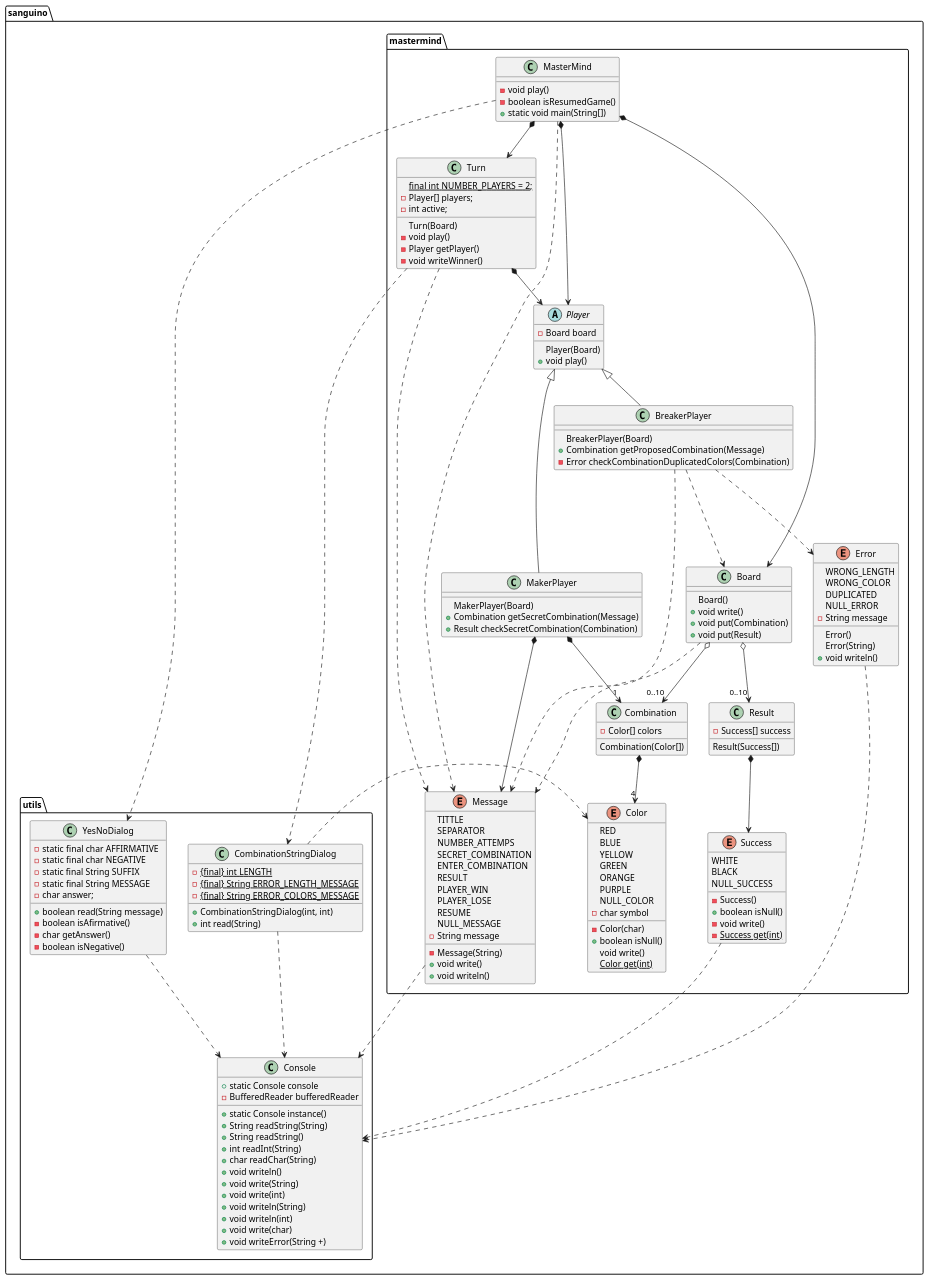
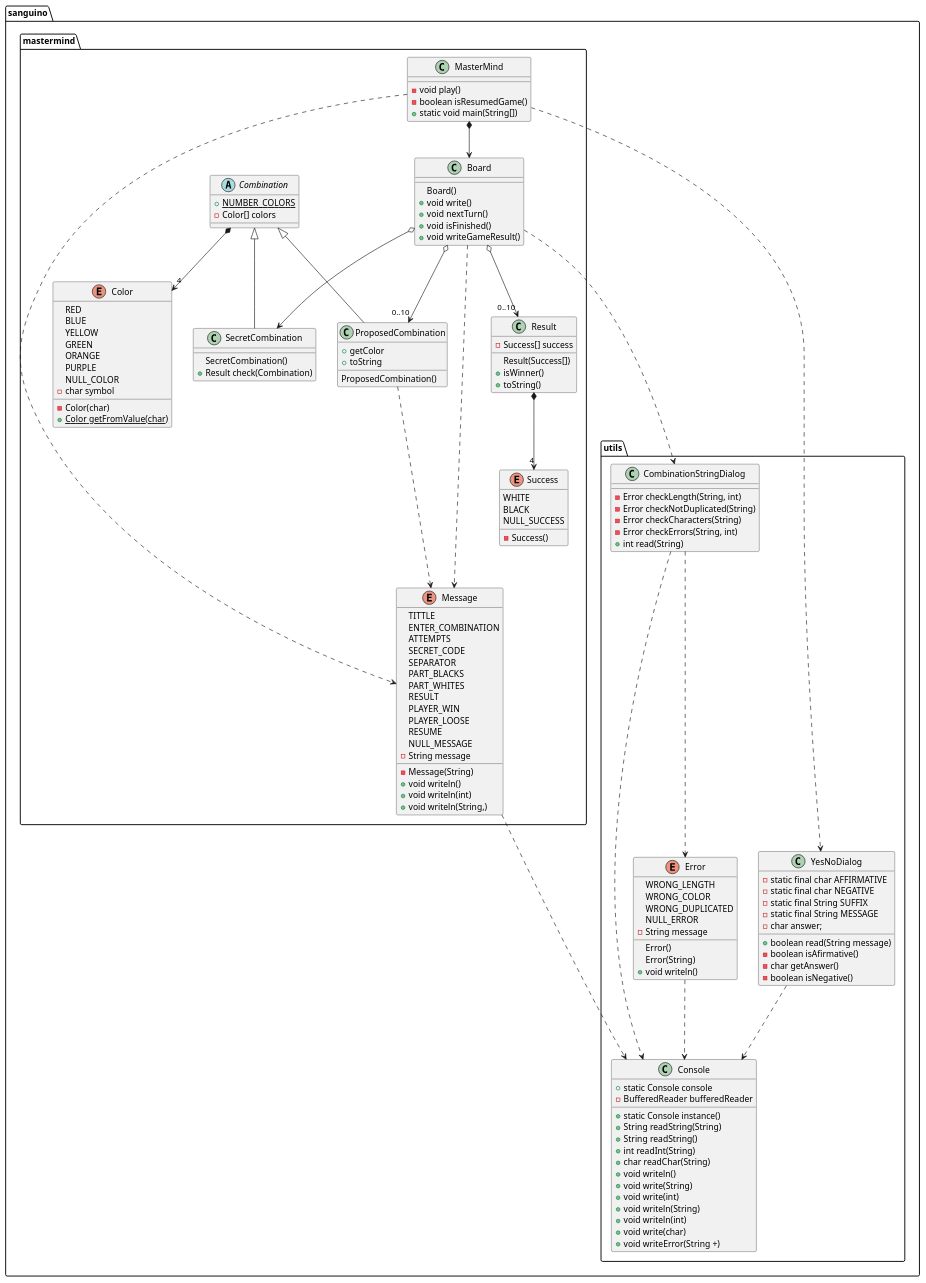
One commit to sanguino/master_01_mastermind changed the diagram in clases.puml. Above: the diagram before and after it, drawn with PlantUML. The commit also changed 1 other file, not shown here.

Commit message:
remove players and turn

```diff
--- a/clases.puml
+++ b/clases.puml
@@ -1,177 +1,152 @@
 @startuml mastermindClases
 namespace sanguino.mastermind {
 
     class MasterMind{
 	    - void play()
 	    - boolean isResumedGame()
 	    + static void main(String[])
     }
 
     class Board {
         Board()
         + void write()
-        + void put(Combination)
-        + void put(Result)
+        + void nextTurn()
+        + void isFinished()
+        + void writeGameResult()
     }
 
-    class Turn {
-        {static} final int NUMBER_PLAYERS = 2;
-        - Player[] players;
-        - int active;
-        Turn(Board)
-        - void play()
-        - Player getPlayer()
-        - void writeWinner()
+    abstract class Combination {
+        + {static} NUMBER_COLORS
+        - Color[] colors
     }
 
-    abstract class Player {
-        - Board board
-        Player(Board)
-        + void play()
+    class ProposedCombination extends Combination {
+        ProposedCombination()
+        + getColor
+        + toString
     }
 
-    class MakerPlayer extends Player {
-        MakerPlayer(Board)
-        + Combination getSecretCombination(Message)
-        + Result checkSecretCombination(Combination)
-    }
-
-    class BreakerPlayer extends Player {
-        BreakerPlayer(Board)
-        + Combination getProposedCombination(Message)
-        - Error checkCombinationDuplicatedColors(Combination)
-    }
-
-    class Combination {
-        - Color[] colors
-        Combination(Color[])
+    class SecretCombination extends Combination {
+        SecretCombination()
+        + Result check(Combination)
     }
 
     class Result {
         - Success[] success
         Result(Success[])
+        + isWinner()
+        + toString()
     }
 
     enum Color {
         RED
         BLUE
         YELLOW
         GREEN
         ORANGE
         PURPLE
         NULL_COLOR
         - char symbol
         - Color(char)
-        + boolean isNull()
-        void write()
-        {static} Color get(int)
+        + {static} Color getFromValue(char)
     }
 
     enum Success {
         WHITE
         BLACK
         NULL_SUCCESS
         - Success()
-        + boolean isNull()
-        - void write()
-        - {static} Success get(int)
     }
 
     enum Message {
         TITTLE
+        ENTER_COMBINATION
+        ATTEMPTS
+        SECRET_CODE
         SEPARATOR
-        NUMBER_ATTEMPS
-        SECRET_COMBINATION
-        ENTER_COMBINATION
+        PART_BLACKS
+        PART_WHITES
         RESULT
         PLAYER_WIN
-        PLAYER_LOSE
+        PLAYER_LOOSE
         RESUME
         NULL_MESSAGE
         - String message
         - Message(String)
-        + void write()
         + void writeln()
-    }
-
-    enum Error {
-        WRONG_LENGTH
-        WRONG_COLOR
-        DUPLICATED
-        NULL_ERROR
-        - String message
-        Error()
-        Error(String)
-        + void writeln()
+        + void writeln(int)
+        + void writeln(String,)
     }
 
     MasterMind *-down-> Board
-    MasterMind *-down-> Turn
-    MasterMind *-down-> Player
-    Turn *-down-> Player
-    Board o-down-> "0..10" Combination
+    Board o-down-> "0..10" ProposedCombination
+    Board o-down-> SecretCombination
     Board o-down-> "0..10" Result
     Combination *-down-> "4" Color
-    Result *-down-> Success
-    BreakerPlayer .-down-> Error
-    MakerPlayer *-down-> Message
-    MakerPlayer *-down-> "1" Combination
-    BreakerPlayer .-down-> Message
-    BreakerPlayer .-down-> Board
+    Result *-down-> "4" Success
+    ProposedCombination .-down-> Message
     MasterMind .-down-> Message
     Board .-down-> Message
-    Turn .-down-> Message
 }
 
 namespace sanguino.utils {
 
     class Console {
         + static Console console
         + static Console instance()
         - BufferedReader bufferedReader
         + String readString(String)
         + String readString()
         + int readInt(String)
         + char readChar(String)
         + void writeln()
         + void write(String)
         + void write(int)
         + void writeln(String)
         + void writeln(int)
         + void write(char)
         + void writeError(String +)
     }
 
     class CombinationStringDialog { 
-        - {static} {final} int LENGTH
-        - {static} {final} String ERROR_LENGTH_MESSAGE
-        - {static} {final} String ERROR_COLORS_MESSAGE
-        + CombinationStringDialog(int, int)
+        - Error checkLength(String, int)
+        - Error checkNotDuplicated(String)
+        - Error checkCharacters(String)
+        - Error checkErrors(String, int)
         + int read(String)
     }
 
     class YesNoDialog {
         - static final char AFFIRMATIVE
         - static final char NEGATIVE
         - static final String SUFFIX
         - static final String MESSAGE
         - char answer;
         + boolean read(String message)
         - boolean isAfirmative()
         - char getAnswer()
         - boolean isNegative()
     }
 
+    enum Error {
+        WRONG_LENGTH
+        WRONG_COLOR
+        WRONG_DUPLICATED
+        NULL_ERROR
+        - String message
+        Error()
+        Error(String)
+        + void writeln()
+    }
+
     YesNoDialog .-down-> Console
     CombinationStringDialog .-down-> Console
+    CombinationStringDialog .-down-> Error
+    Error .-down-> Console
 }
 
-sanguino.utils.CombinationStringDialog .-down-> sanguino.mastermind.Color
-sanguino.mastermind.Error .-down-> sanguino.utils.Console
 sanguino.mastermind.Message .-down-> sanguino.utils.Console
-sanguino.mastermind.Success .-down-> sanguino.utils.Console
-sanguino.mastermind.Turn .-down-> sanguino.utils.CombinationStringDialog
+sanguino.mastermind.Board .-down-> sanguino.utils.CombinationStringDialog
 sanguino.mastermind.MasterMind .-down-> sanguino.utils.YesNoDialog
 
-
 @enduml
```
